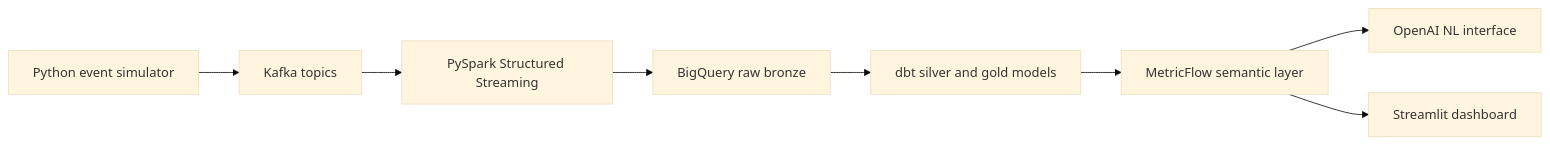
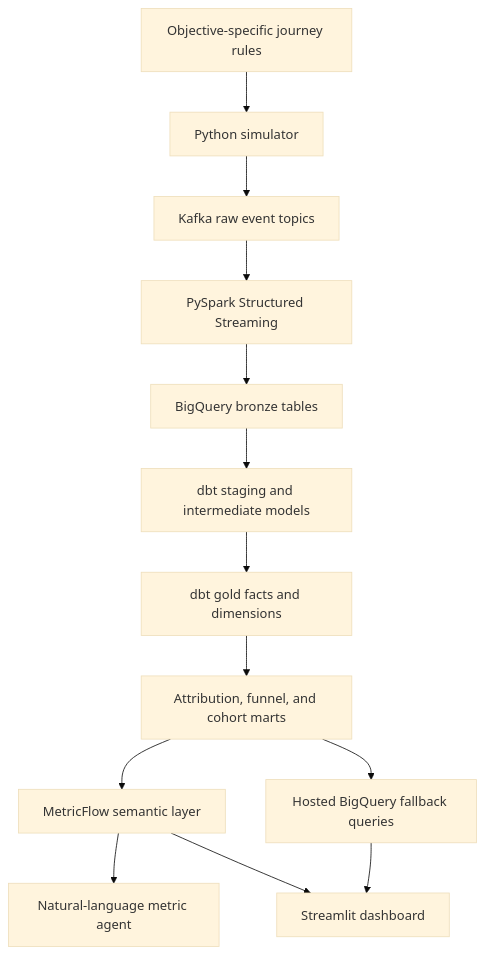
The diagram in README.md (Ning-H/growth-analytics-platform), drawn with Mermaid (base theme) before and after one commit. The commit also changed other lines of this file, not shown here.

````diff
--- a/README.md
+++ b/README.md
@@ -17,10 +29,15 @@
 ```mermaid
-flowchart LR
-    A["Python event simulator"] --> B["Kafka topics"]
-    B --> C["PySpark Structured Streaming"]
-    C --> D["BigQuery raw bronze"]
-    D --> E["dbt silver and gold models"]
-    E --> F["MetricFlow semantic layer"]
-    F --> G["OpenAI NL interface"]
-    F --> H["Streamlit dashboard"]
+flowchart TD
+    A["Objective-specific journey rules"] --> B["Python simulator"]
+    B --> C["Kafka raw event topics"]
+    C --> D["PySpark Structured Streaming"]
+    D --> E["BigQuery bronze tables"]
+    E --> F["dbt staging and intermediate models"]
+    F --> G["dbt gold facts and dimensions"]
+    G --> H["Attribution, funnel, and cohort marts"]
+    H --> I["MetricFlow semantic layer"]
+    I --> J["Natural-language metric agent"]
+    I --> K["Streamlit dashboard"]
+    H --> L["Hosted BigQuery fallback queries"]
+    L --> K
 ```
````
